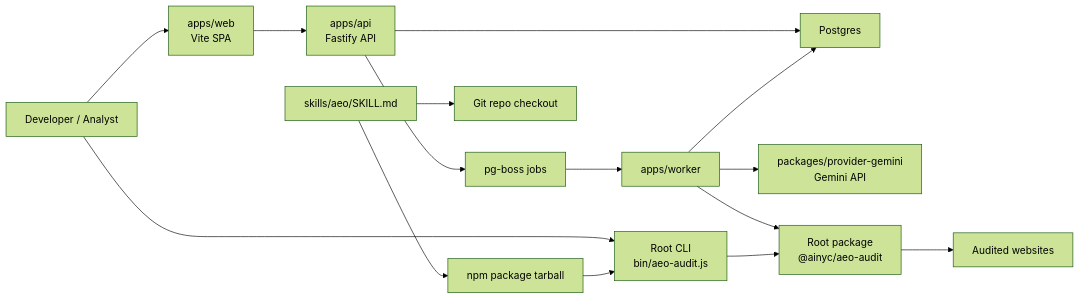
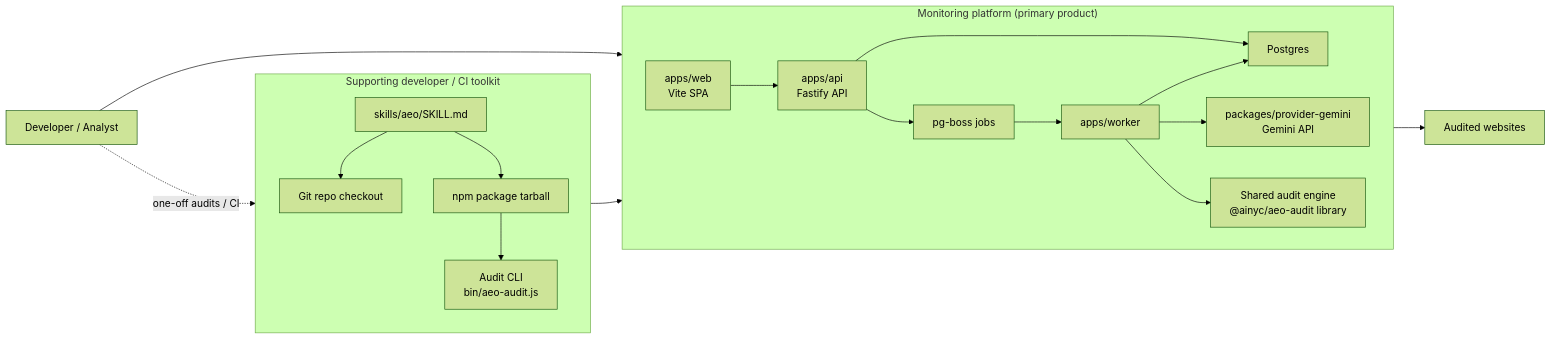
The diagram in README.md (AINYC/aeo-audit), drawn with Mermaid (forest theme) before and after one commit. The commit also changed 2 other files, not shown here.

Commit message:
docs: clarify platform and cli boundaries

````diff
--- a/README.md
+++ b/README.md
@@ -81,17 +81,35 @@
 ```mermaid
 flowchart LR
-  User["Developer / Analyst"] --> Web["apps/web\nVite SPA"]
-  User --> CLI["Root CLI\nbin/aeo-audit.js"]
-  Web --> API["apps/api\nFastify API"]
-  API --> DB["Postgres"]
-  API --> Queue["pg-boss jobs"]
-  Queue --> Worker["apps/worker"]
-  Worker --> Gemini["packages/provider-gemini\nGemini API"]
-  Worker --> Core["Root package\n@ainyc/aeo-audit"]
-  CLI --> Core
-  Core --> Target["Audited websites"]
-  Worker --> DB
-  Skills["skills/aeo/SKILL.md"] --> Repo["Git repo checkout"]
-  Skills --> Npm["npm package tarball"]
-  Npm --> CLI
+  User["Developer / Analyst"]
+  Target["Audited websites"]
+  DB["Postgres"]
+  Gemini["packages/provider-gemini\nGemini API"]
+  Core["Shared audit engine\n@ainyc/aeo-audit library"]
+
+  subgraph Platform["Monitoring platform (primary product)"]
+    direction LR
+    Web["apps/web\nVite SPA"] --> API["apps/api\nFastify API"]
+    API --> Queue["pg-boss jobs"]
+    API --> DB
+    Queue --> Worker["apps/worker"]
+    Worker --> Gemini
+    Worker --> Core
+    Worker --> DB
+  end
+
+  subgraph Toolkit["Supporting developer / CI toolkit"]
+    direction TB
+    CLI["Audit CLI\nbin/aeo-audit.js"]
+    Skills["skills/aeo/SKILL.md"]
+    Repo["Git repo checkout"]
+    Npm["npm package tarball"]
+    Skills --> Repo
+    Skills --> Npm
+    Npm --> CLI
+    CLI --> Core
+  end
+
+  User --> Web
+  User -. one-off audits / CI .-> CLI
+  Core --> Target
 ```
````
